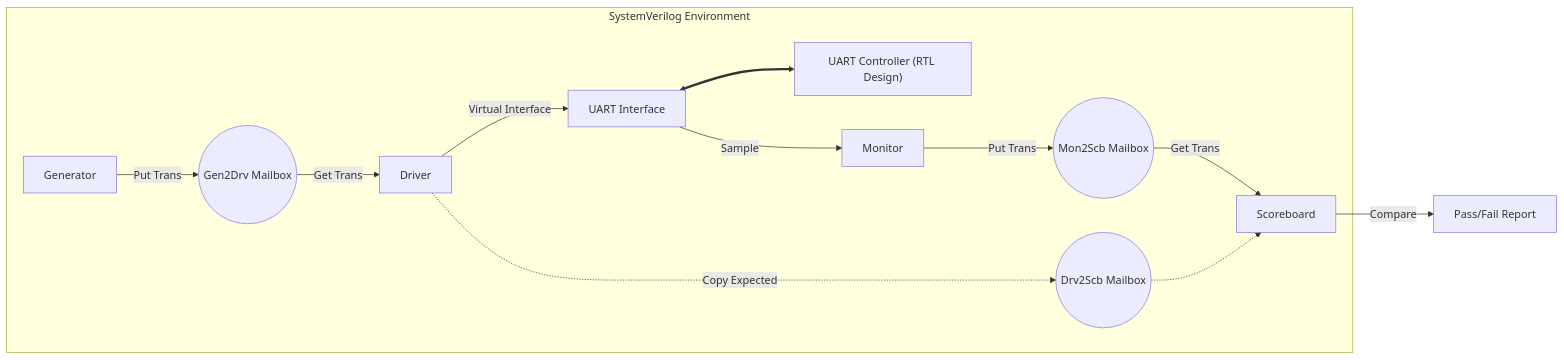
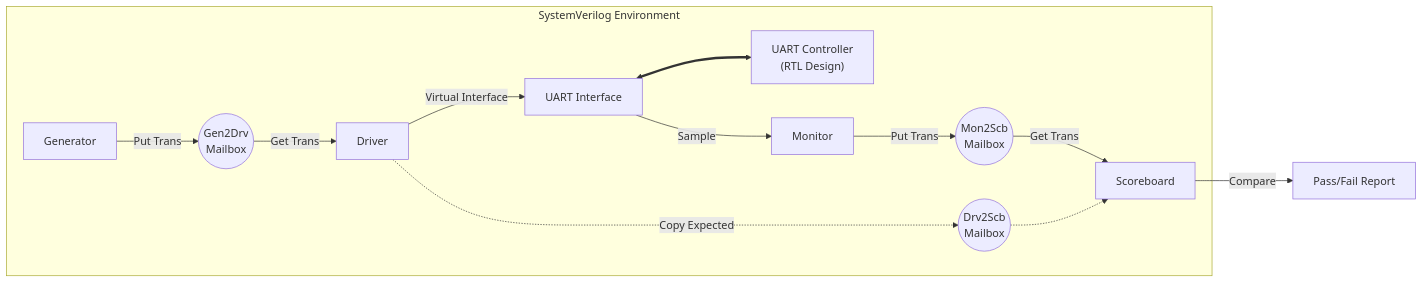
The diagram in README.md (hyun1006/UART_Verification), drawn with Mermaid before and after one commit. The commit also changed other lines of this file, not shown here.

`````diff
--- a/README.md
+++ b/README.md
@@ -35,18 +34,18 @@
 ```mermaid
 graph LR
     subgraph "SystemVerilog Environment"
-        GEN[Generator] -->|Put Trans| MBX1(("Gen2Drv Mailbox"))
+        GEN[Generator] -->|Put Trans| MBX1(("Gen2Drv<br>Mailbox"))
         MBX1 -->|Get Trans| DRV[Driver]
         
         DRV -->|Virtual Interface| IF[UART Interface]
-        IF <==> DUT["UART Controller (RTL Design)"]
+        IF <==> DUT["UART Controller<br>(RTL Design)"]
         IF -->|Sample| MON[Monitor]
         
-        MON -->|Put Trans| MBX2(("Mon2Scb Mailbox"))
+        MON -->|Put Trans| MBX2(("Mon2Scb<br>Mailbox"))
         MBX2 -->|Get Trans| SCB[Scoreboard]
         
-        DRV -.->|Copy Expected| MBX3(("Drv2Scb Mailbox")) -.-> SCB
+        DRV -.->|Copy Expected| MBX3(("Drv2Scb<br>Mailbox")) -.-> SCB
     end
     
     SCB -->|Compare| RESULT[Pass/Fail Report]
-```
+````
`````
